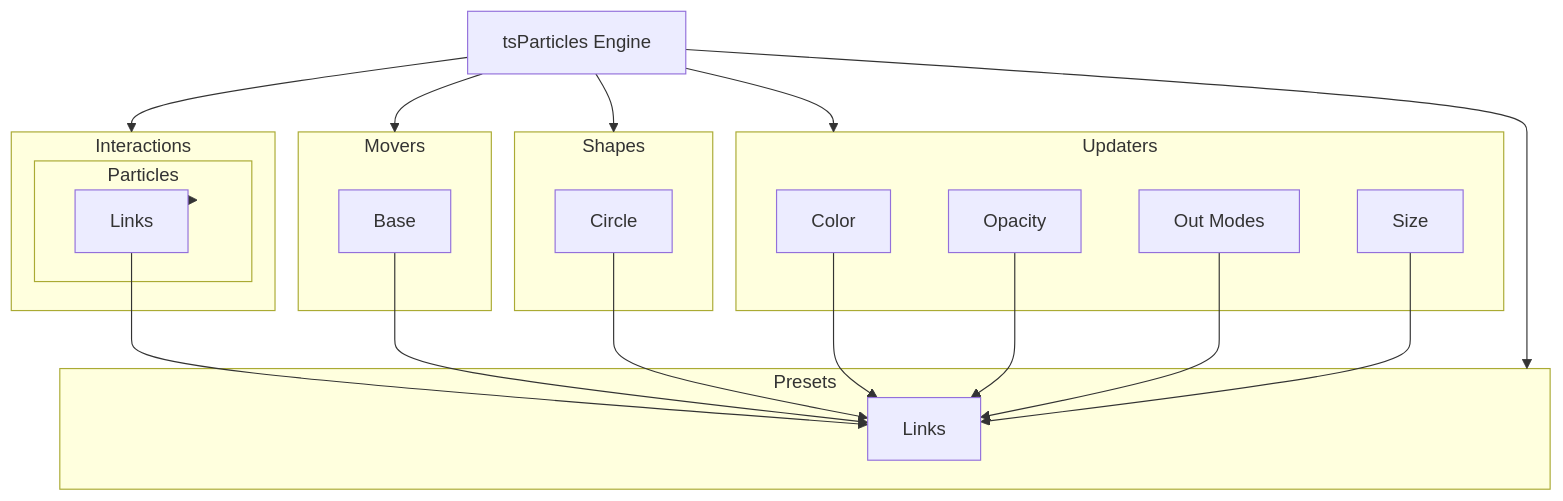
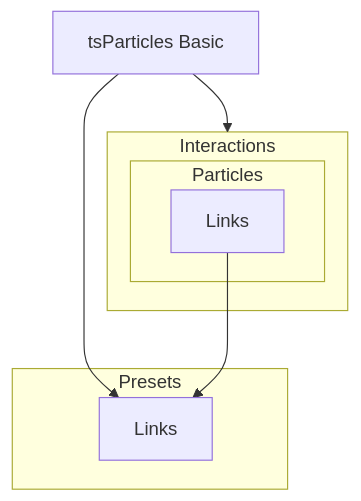
One commit to tsparticles/presets changed the diagram in presets/links/README.md. Above: the diagram before and after it, drawn with Mermaid. The commit also changed 35 other files, not shown here.

Commit message:
feat: added squares preset build: updated all mermaid charts

````diff
--- a/presets/links/README.md
+++ b/presets/links/README.md
@@ -165,44 +165,19 @@
 ```mermaid
 flowchart TD
 
 subgraph i [Interactions]
 
 subgraph ip [Particles]
 ipl[Links]
 end
 
 end
 
-i --> ip
-
-e[tsParticles Engine] --> i
-
-subgraph m [Movers]
-mb[Base]
-end
-
-e --> m
-
-subgraph s [Shapes]
-sc[Circle]
-end
-
-e --> s
-
-subgraph u [Updaters]
-uc[Color]
-uop[Opacity]
-uou[Out Modes]
-usi[Size]
-end
-
-e --> u
+bb[tsParticles Basic] --> i
 
 subgraph pr [Presets]
 prl[Links]
 end
 
-e --> pr
-
-ipl & mb & sc & uc & uop & uou & usi --> prl
+bb & ipl --> prl
 ```
````
